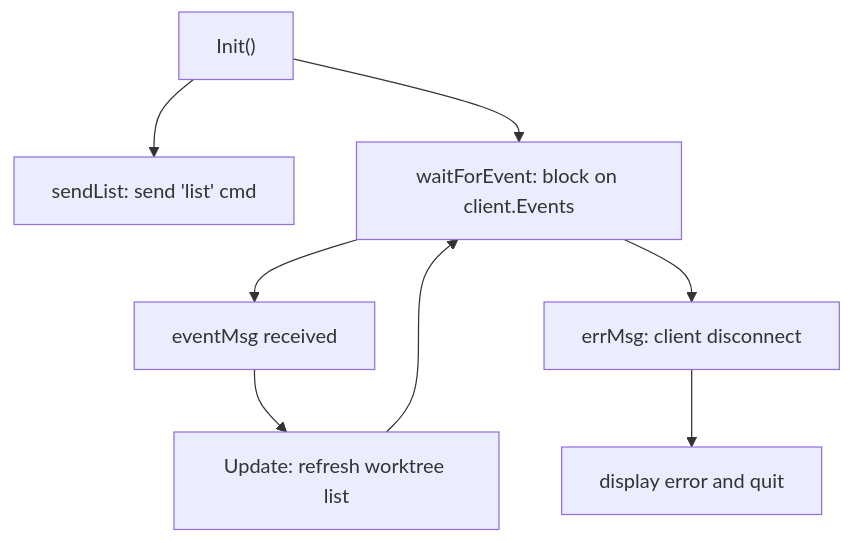
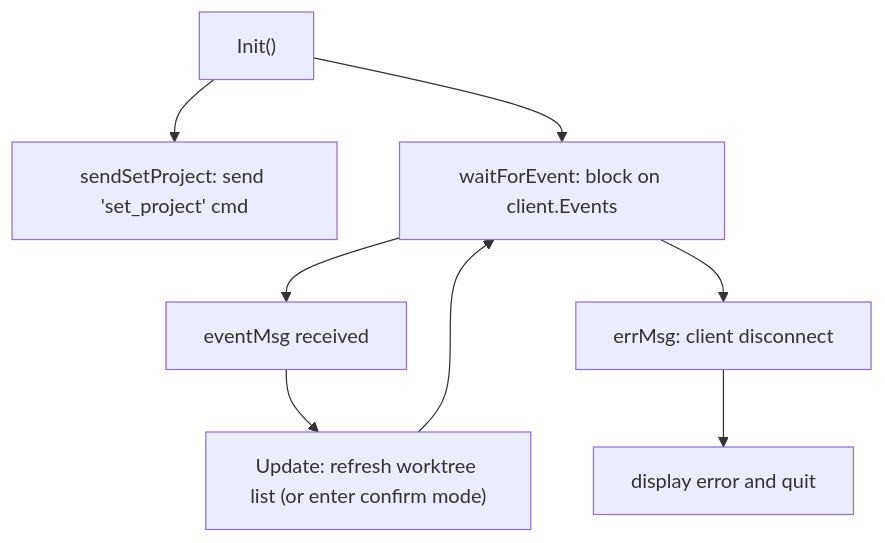
Before and after one commit to srimel/treely: the fourth of 4 diagrams in docs/architecture.md, drawn with Mermaid. The commit also changed other lines of this file and 13 other files, not shown here.

````diff
--- a/docs/architecture.md
+++ b/docs/architecture.md
@@ -122,10 +127,10 @@
 ```mermaid
 flowchart TD
-    Init["Init()"] --> sendList["sendList: send 'list' cmd"]
+    Init["Init()"] --> sendSet["sendSetProject: send 'set_project' cmd"]
     Init --> waitForEvent["waitForEvent: block on client.Events"]
     waitForEvent --> eventMsg["eventMsg received"]
-    eventMsg --> refresh["Update: refresh worktree list"]
+    eventMsg --> refresh["Update: refresh worktree list (or enter confirm mode)"]
     refresh --> waitForEvent
     waitForEvent --> errMsg["errMsg: client disconnect"]
     errMsg --> quit["display error and quit"]
 ```
````
